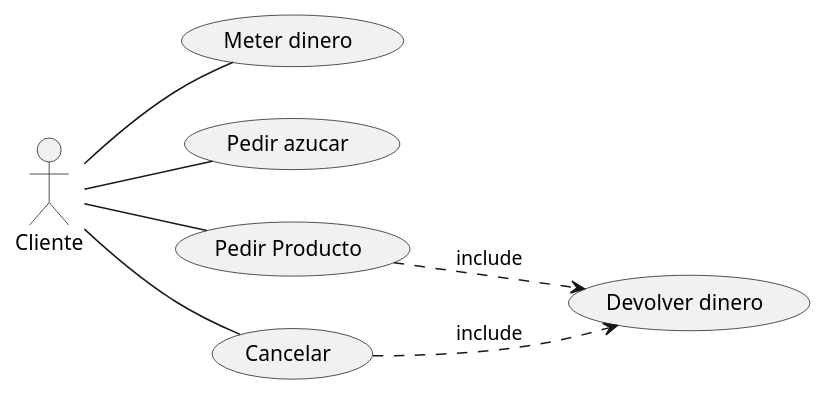
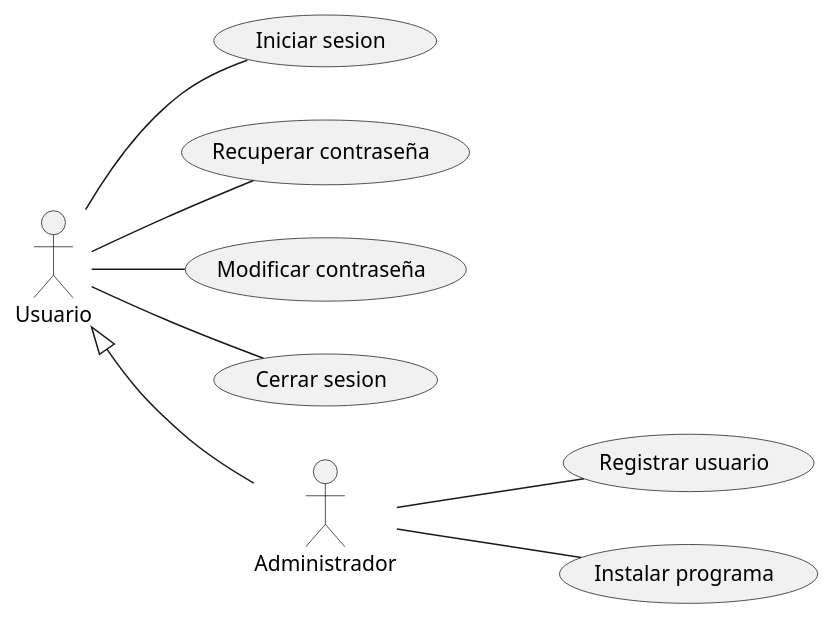
The diagram in src/PlanUml.puml (b3n0nk3/PlantUml), drawn with PlantUML before and after one commit.

Commit message:
Usuario y Administrador

```diff
--- a/src/PlanUml.puml
+++ b/src/PlanUml.puml
@@ -1,12 +1,14 @@
 @startuml
 left to right direction
 
-:Cliente: -- (Meter dinero)
-:Cliente: -- (Pedir azucar)
-:Cliente: -- (Pedir Producto)
-:Cliente: -- (Cancelar)
-(Pedir Producto) ..> (Devolver dinero) : include
-(Cancelar) ..> (Devolver dinero) : include
+:Usuario: -- (Iniciar sesion)
+:Usuario: -- (Recuperar contraseña)
+:Usuario: -- (Modificar contraseña)
+:Usuario: -- (Cerrar sesion)
+:Administrador: -- (Registrar usuario)
+:Administrador: -- (Instalar programa)
+
+:Usuario: <|-- :Administrador:
 
 
 @enduml
```
